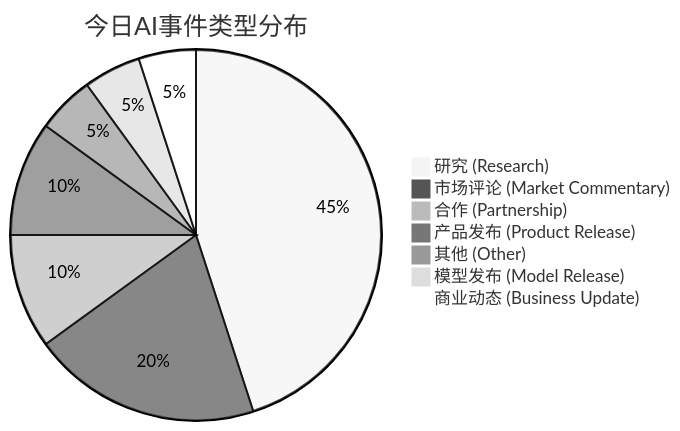
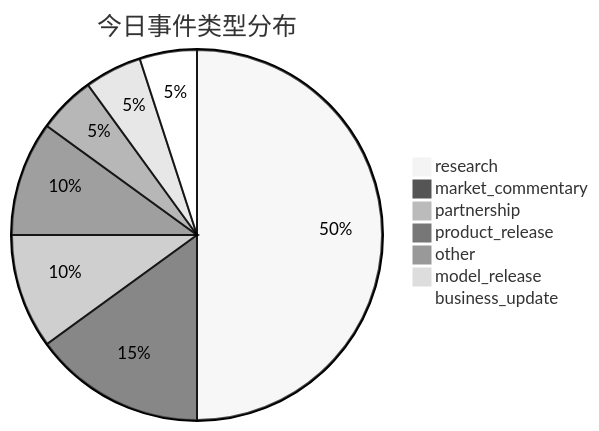
Before and after one commit to LvienOeria/daily-ai-insight-engine-v2: the first of 2 diagrams in reports/daily_ai_report.md, drawn with Mermaid (neutral theme). The commit also changed other lines of this file and 10 other files, not shown here.

````diff
--- a/reports/daily_ai_report.md
+++ b/reports/daily_ai_report.md
@@ -86,11 +78,11 @@
 ```mermaid
 pie
-    title 今日AI事件类型分布
-    "研究 (Research)" : 9
-    "市场评论 (Market Commentary)" : 4
-    "合作 (Partnership)" : 2
-    "产品发布 (Product Release)" : 2
-    "其他 (Other)" : 1
-    "模型发布 (Model Release)" : 1
-    "商业动态 (Business Update)" : 1
+    title 今日事件类型分布
+    "research" : 10
+    "market_commentary" : 3
+    "partnership" : 2
+    "product_release" : 2
+    "other" : 1
+    "model_release" : 1
+    "business_update" : 1
 ```
````
